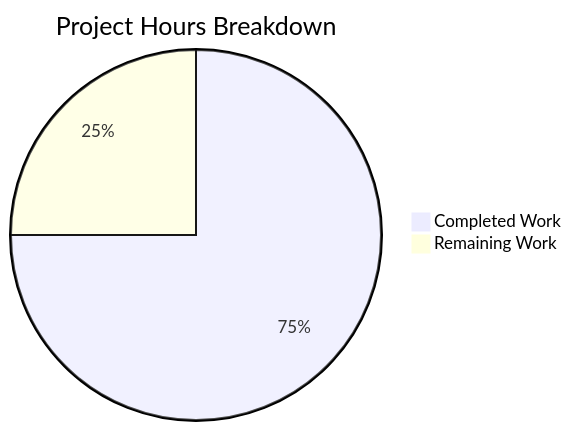
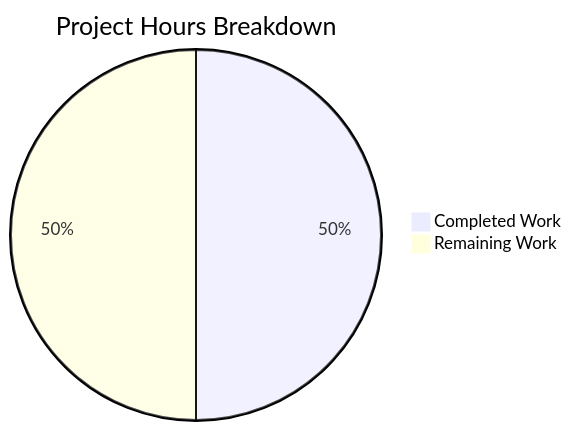
One commit to prasad-blitzy/quick-repo-5 changed the diagram in blitzy/documentation/Project Guide.md. Above: the diagram before and after it, drawn with Mermaid. The commit also changed other lines of this file, not shown here.

Commit message:
Adding Blitzy Project Guide: Project Status and Human Tasks Remaining

````diff
--- a/blitzy/documentation/Project Guide.md
+++ b/blitzy/documentation/Project Guide.md
@@ -74,5 +78,5 @@
 ```mermaid
 pie title Project Hours Breakdown
-    "Completed Work" : 1.5
-    "Remaining Work" : 0.5
+    "Completed Work" : 1
+    "Remaining Work" : 1
 ```
````
